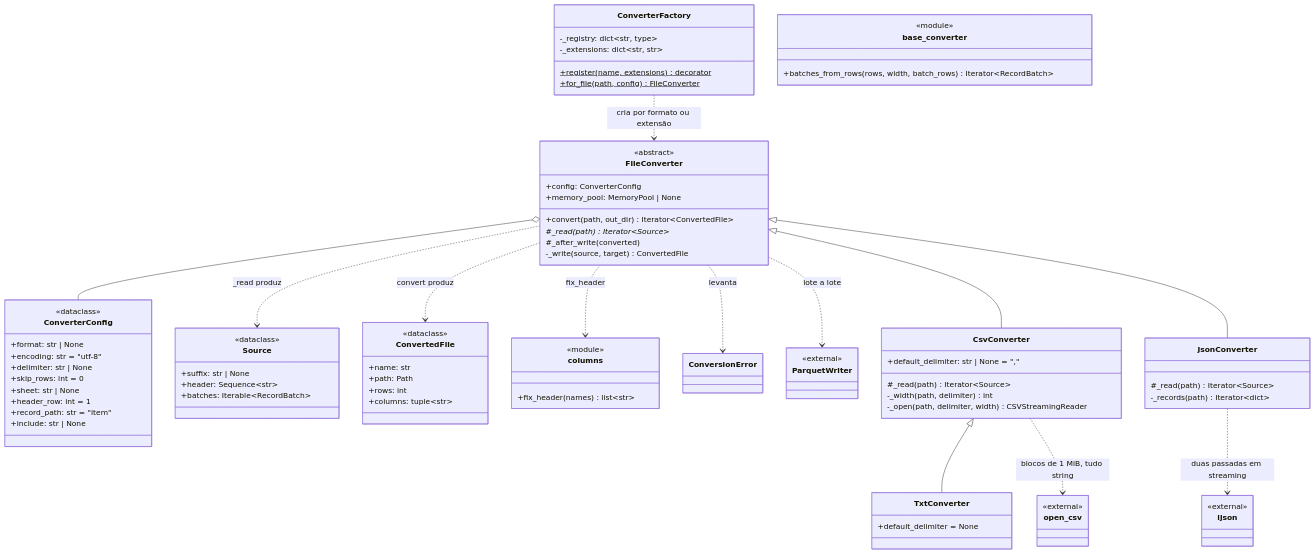
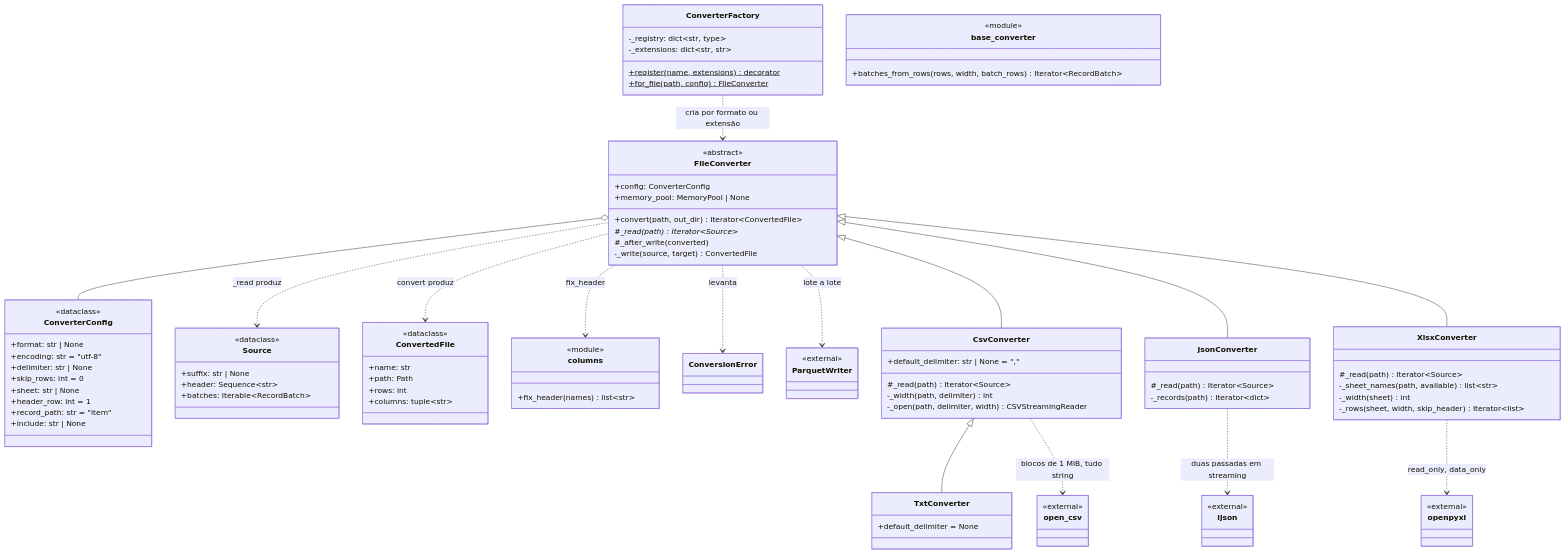
Before and after one commit to GovHub-br/data-application-cidades: the fifth of 5 diagrams in docs/ingestao/diagrama-classes.md, drawn with Mermaid. The commit also changed other lines of this file and 5 other files, not shown here.

```diff
--- a/docs/ingestao/diagrama-classes.md
+++ b/docs/ingestao/diagrama-classes.md
@@ -321,12 +321,23 @@
     class ijson {
         <<external>>
     }
+    class XlsxConverter {
+        #_read(path) Iterator~Source~
+        -_sheet_names(path, available) list~str~
+        -_width(sheet) int
+        -_rows(sheet, width, skip_header) Iterator~list~
+    }
+    class openpyxl {
+        <<external>>
+    }
 
     FileConverter <|-- CsvConverter
     CsvConverter <|-- TxtConverter
     CsvConverter ..> open_csv : blocos de 1 MiB, tudo string
     FileConverter <|-- JsonConverter
     JsonConverter ..> ijson : duas passadas em streaming
+    FileConverter <|-- XlsxConverter
+    XlsxConverter ..> openpyxl : read_only, data_only
 
     FileConverter o-- ConverterConfig
     ConverterFactory ..> FileConverter : cria por formato ou extensão
```
